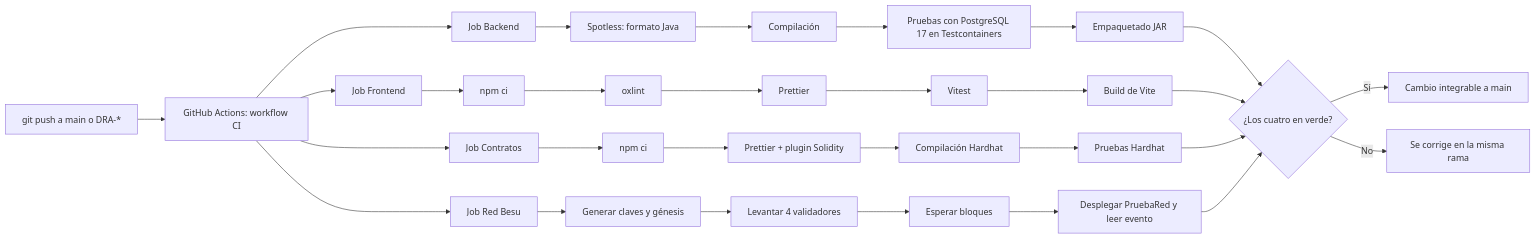
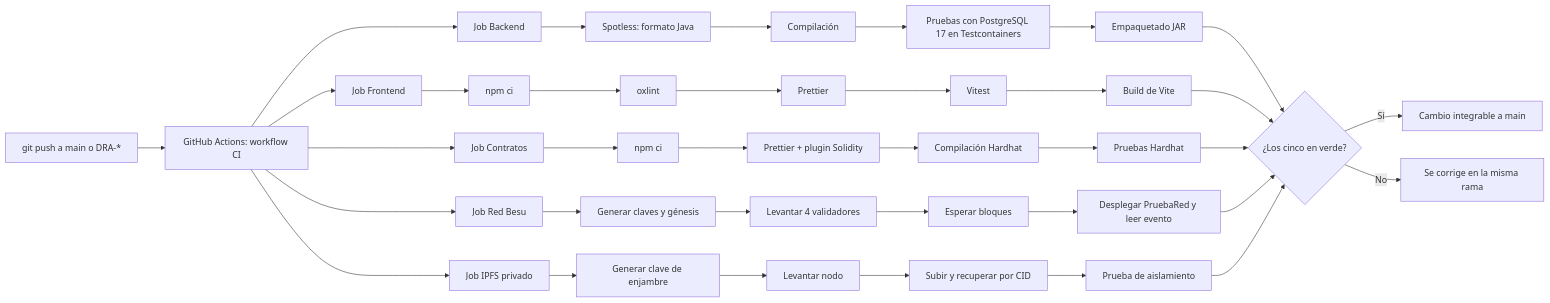
One commit to Garyn14/TESIS_FERNANDO changed the diagram in docs/arquitectura/integracion-continua.md. Above: the diagram before and after it, drawn with Mermaid. The commit also changed other lines of this file and 3 other files, not shown here.

First line of the commit message:
DRA-46 Documenta el nodo IPFS privado

````diff
--- a/docs/arquitectura/integracion-continua.md
+++ b/docs/arquitectura/integracion-continua.md
@@ -22,15 +22,17 @@
 ```mermaid
 flowchart LR
     A[git push a main o DRA-*] --> W[GitHub Actions: workflow CI]
     W --> B[Job Backend]
     W --> F[Job Frontend]
     W --> C[Job Contratos]
     W --> RB[Job Red Besu]
+    W --> IP[Job IPFS privado]
     B --> B1[Spotless: formato Java] --> B2[Compilación] --> B3[Pruebas con PostgreSQL 17 en Testcontainers] --> B4[Empaquetado JAR]
     F --> F1[npm ci] --> F2[oxlint] --> F3[Prettier] --> F4[Vitest] --> F5[Build de Vite]
     C --> C1[npm ci] --> C2[Prettier + plugin Solidity] --> C3[Compilación Hardhat] --> C4[Pruebas Hardhat]
     RB --> RB1[Generar claves y génesis] --> RB2[Levantar 4 validadores] --> RB3[Esperar bloques] --> RB4[Desplegar PruebaRed y leer evento]
-    B4 & F5 & C4 & RB4 --> R{¿Los cuatro en verde?}
+    IP --> IP1[Generar clave de enjambre] --> IP2[Levantar nodo] --> IP3[Subir y recuperar por CID] --> IP4[Prueba de aislamiento]
+    B4 & F5 & C4 & RB4 & IP4 --> R{¿Los cinco en verde?}
     R -- Sí --> OK[Cambio integrable a main]
     R -- No --> KO[Se corrige en la misma rama]
 ```
````
